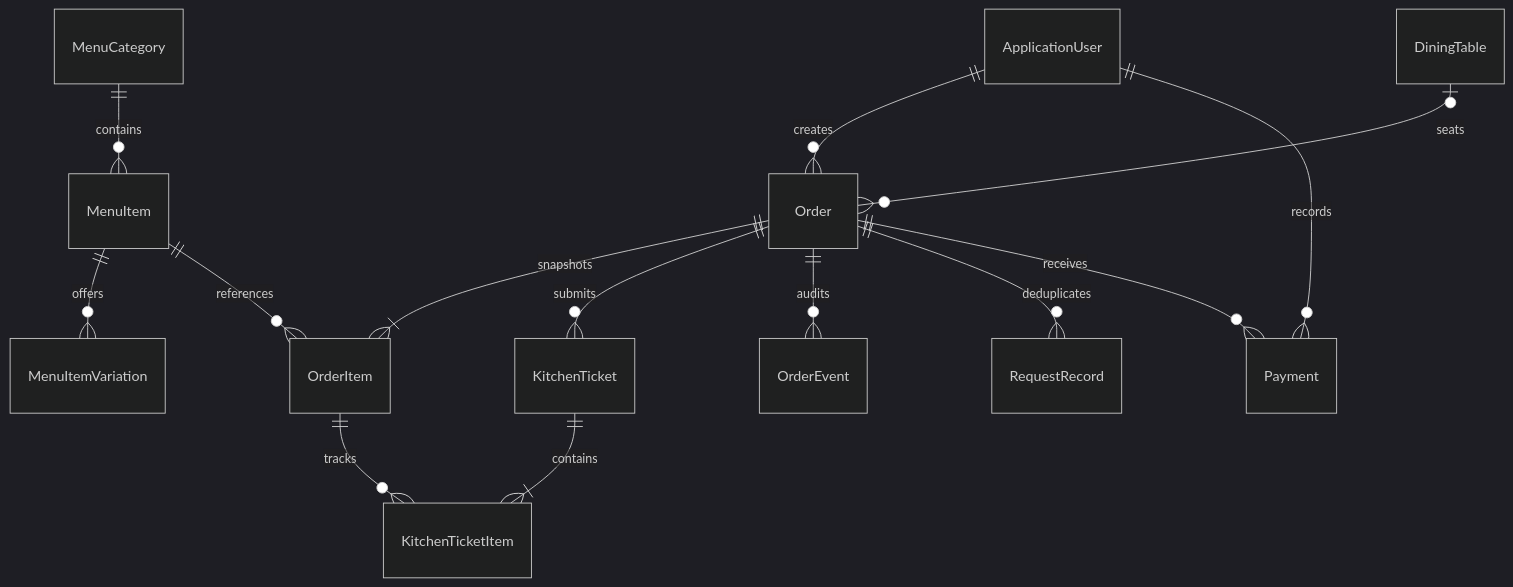
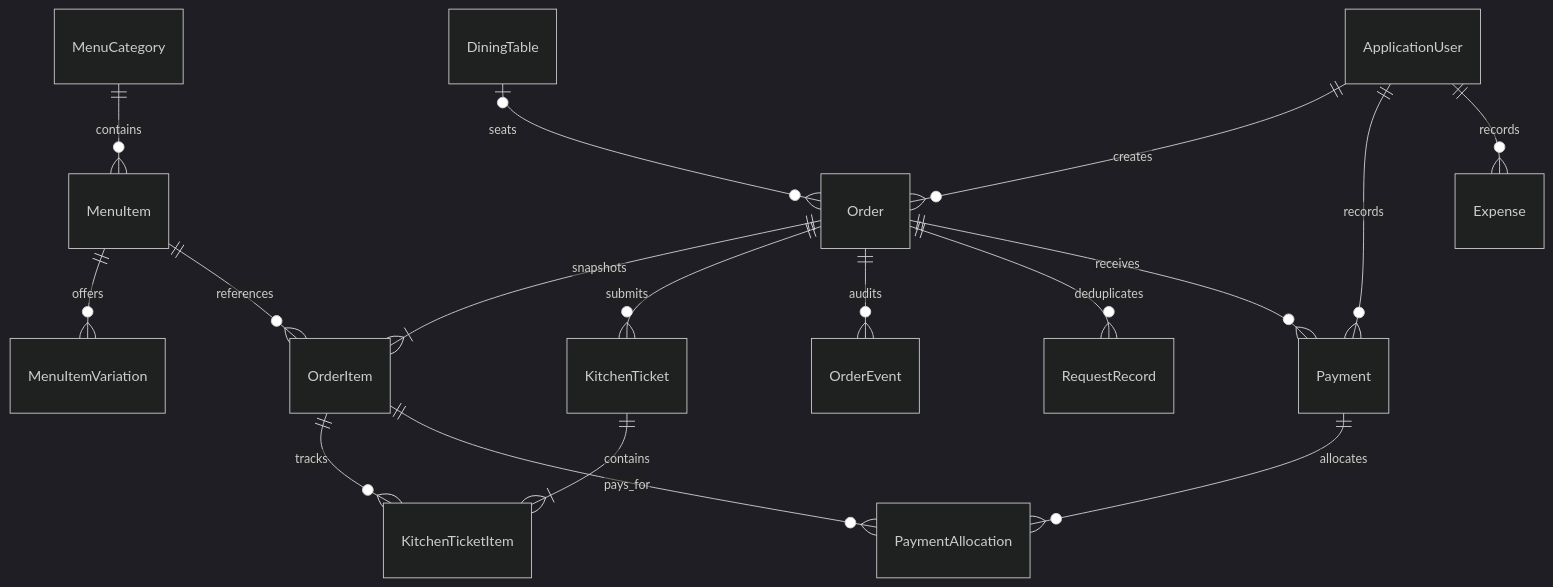
The first of 2 diagrams in docs/ERD.md (ZHirong05/335_Order), drawn with Mermaid (dark theme) before and after one commit. The commit also changed other lines of this file and 55 other files, not shown here.

````diff
--- a/docs/ERD.md
+++ b/docs/ERD.md
@@ -5,16 +5,19 @@
 ```mermaid
 erDiagram
     ApplicationUser ||--o{ Order : creates
     DiningTable o|--o{ Order : seats
     MenuCategory ||--o{ MenuItem : contains
     MenuItem ||--o{ MenuItemVariation : offers
     MenuItem ||--o{ OrderItem : references
     Order ||--|{ OrderItem : snapshots
     Order ||--o{ KitchenTicket : submits
     KitchenTicket ||--|{ KitchenTicketItem : contains
     OrderItem ||--o{ KitchenTicketItem : tracks
     Order ||--o{ OrderEvent : audits
     Order ||--o{ RequestRecord : deduplicates
     Order ||--o{ Payment : receives
     ApplicationUser ||--o{ Payment : records
+    ApplicationUser ||--o{ Expense : records
+    Payment ||--o{ PaymentAllocation : allocates
+    OrderItem ||--o{ PaymentAllocation : pays_for
 ```
````
